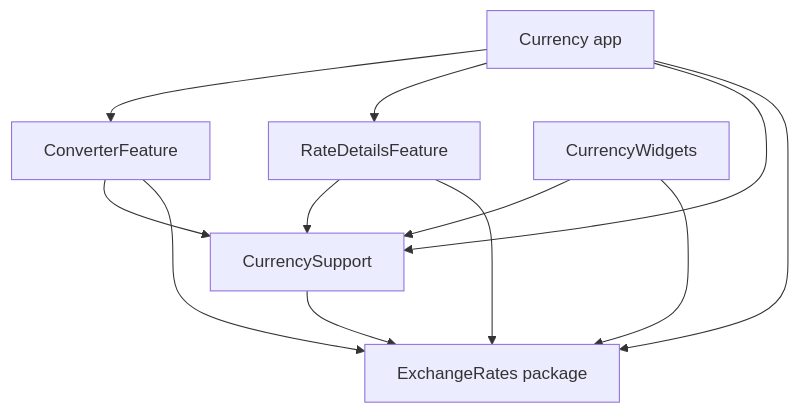
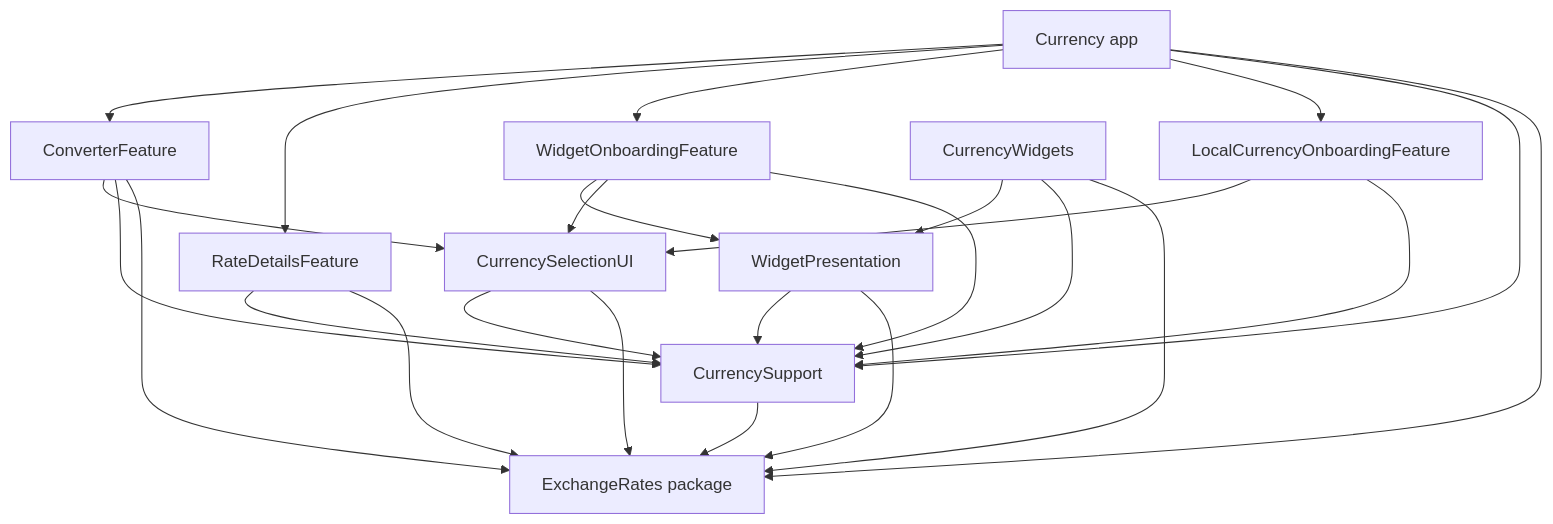
The diagram in Documentation/Architecture.md (DimaMishchenko/currency), drawn with Mermaid before and after one commit. The commit also changed other lines of this file and 53 other files, not shown here.

First line of the commit message:
✨ onboarding: add interactive widget and local currency guides

````diff
--- a/Documentation/Architecture.md
+++ b/Documentation/Architecture.md
@@ -7,14 +7,27 @@
 ```mermaid
 flowchart TD
   App[Currency app] --> Converter[ConverterFeature]
   App --> Details[RateDetailsFeature]
+  App --> WidgetGuide[WidgetOnboardingFeature]
+  App --> LocalGuide[LocalCurrencyOnboardingFeature]
+  WidgetGuide --> Presentation[WidgetPresentation]
+  WidgetGuide --> Selection[CurrencySelectionUI]
+  WidgetGuide --> Support
+  LocalGuide --> Selection
+  LocalGuide --> Support
+  Selection --> Support
+  Selection --> Rates
+  Presentation --> Support
+  Presentation --> Rates
+  Converter --> Selection
   App --> Support[CurrencySupport]
   App --> Rates[ExchangeRates package]
   Converter --> Support
   Converter --> Rates
   Details --> Support
   Details --> Rates
-  Widgets[CurrencyWidgets] --> Support
+  Widgets[CurrencyWidgets] --> Presentation
+  Widgets --> Support
   Widgets --> Rates
   Support --> Rates
 ```
````
